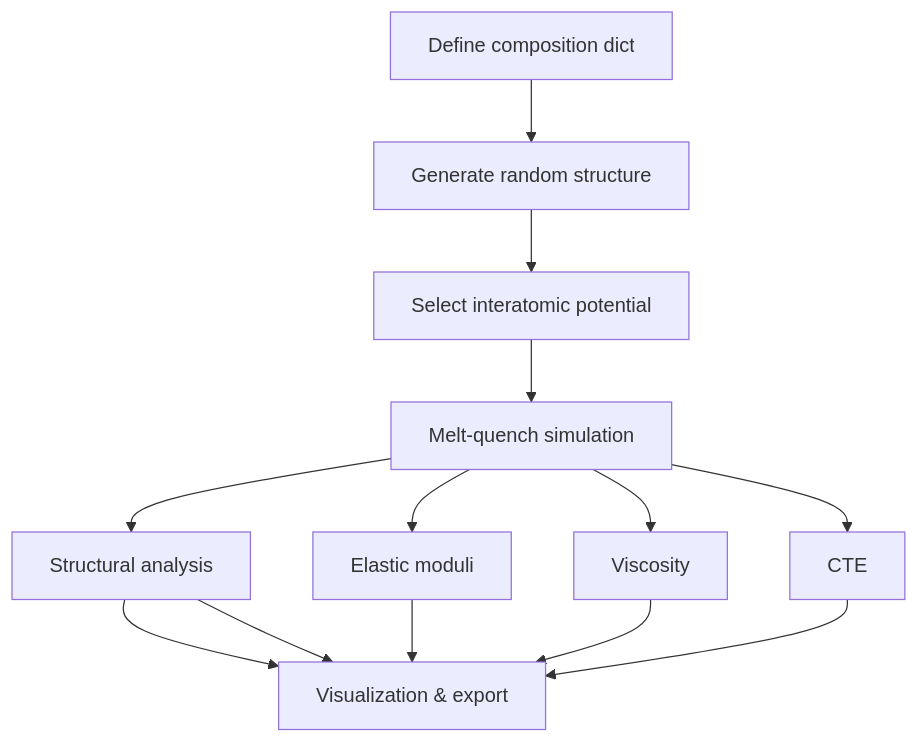
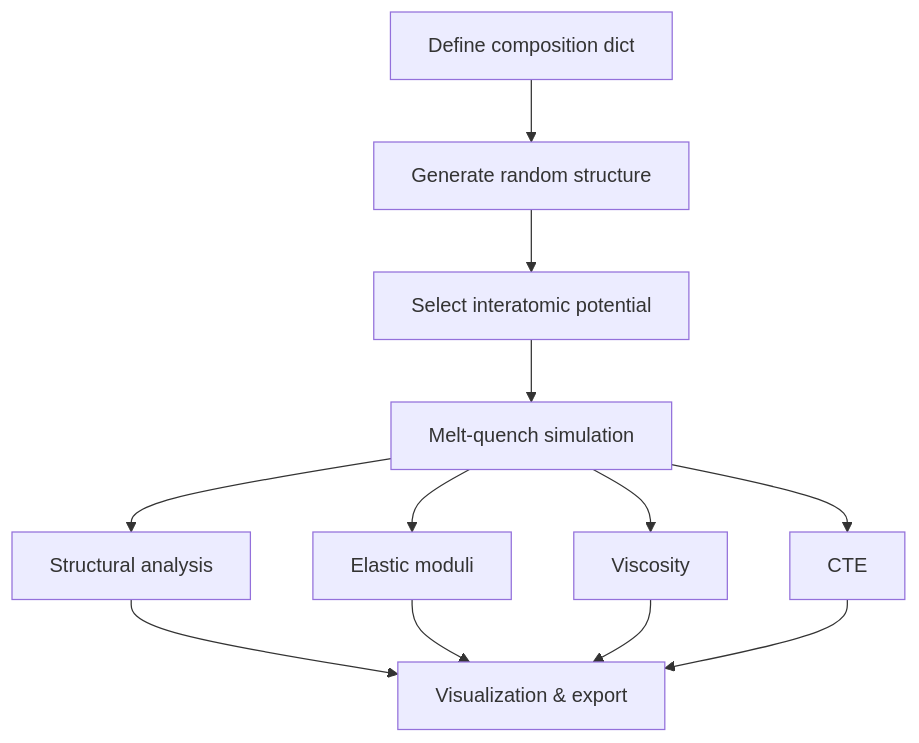
The diagram in docs/index.md (glasagent/amorphouspy), drawn with Mermaid before and after one commit. The commit also changed other lines of this file and 6 other files, not shown here.

````diff
--- a/docs/index.md
+++ b/docs/index.md
@@ -24,15 +22,14 @@
 ```mermaid
 graph TD
     A[Define composition dict] --> B[Generate random structure]
     B --> C[Select interatomic potential]
     C --> D[Melt-quench simulation]
     D --> E[Structural analysis]
     D --> F[Elastic moduli]
     D --> G[Viscosity]
     D --> H[CTE]
     E --> I[Visualization & export]
     F --> I
     G --> I
     H --> I
-    E --> I[Visualization & export]
 ```
````
